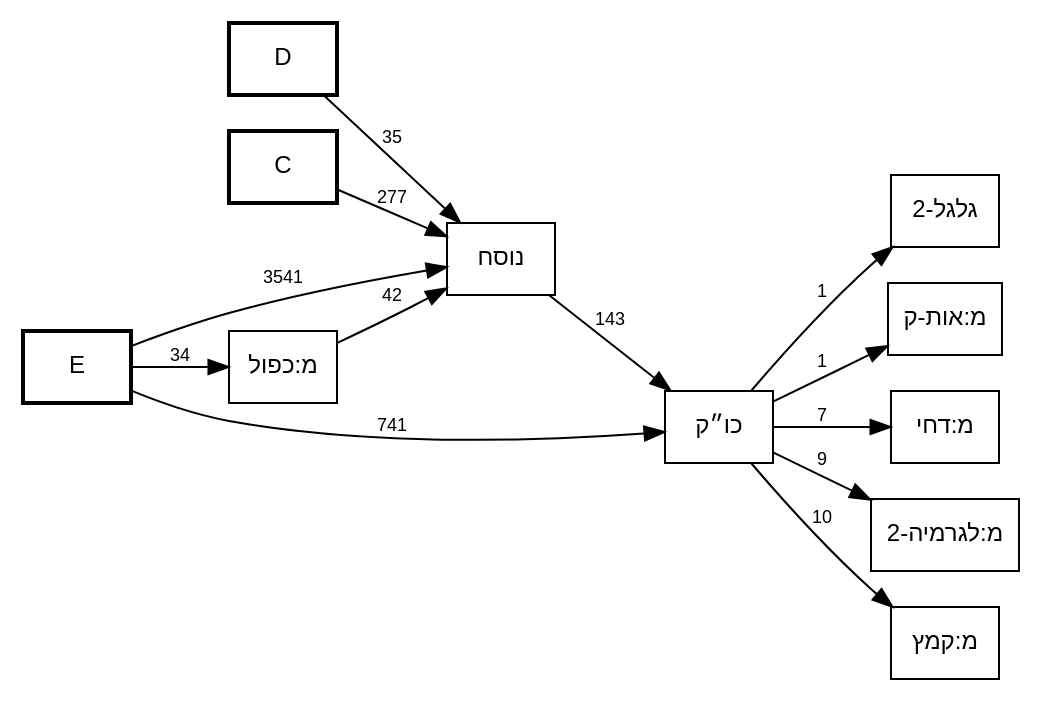
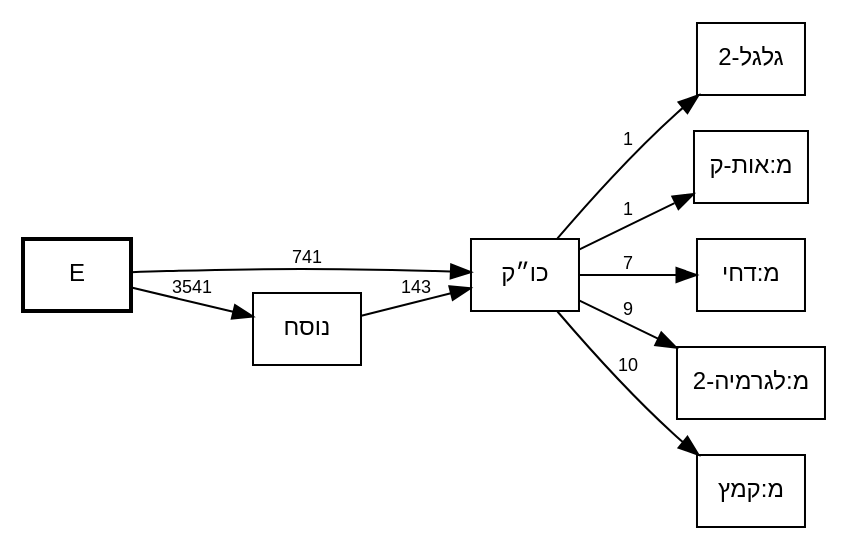
One commit to bdenckla/MAM-basics changed the diagram in out/MAM-tmpl-survey/plain-kuk-call-graph.dot. Above: the diagram before and after it, drawn with Graphviz. The commit also changed 7 other files, not shown here.

First line of the commit message:
Tighten focused template call graphs to target-anchored stack context

```diff
--- a/out/MAM-tmpl-survey/plain-kuk-call-graph.dot
+++ b/out/MAM-tmpl-survey/plain-kuk-call-graph.dot
@@ -1,31 +1,25 @@
 // This file was generated by MAM-basics/py/main_tmpl_survey.py.
 // Do not edit by hand.
 digraph template_call_graph {
     rankdir=LR;
     node [fontname="SBL Hebrew,Helvetica", fontsize=12];
     edge [fontname="Helvetica", fontsize=9];
     graph [comment="This file was generated by MAM-basics/py/main_tmpl_survey.py."];
 
     // Column nodes
     node [shape=box, style=bold];
-    "C";
-    "D";
     "E";
 
     // Template nodes
     node [shape=box, style=""];
 
     // Edges
-    "C" -> "נוסח" [label="277"];
-    "D" -> "נוסח" [label="35"];
     "E" -> "כו״ק" [label="741"];
-    "E" -> "מ:כפול" [label="34"];
     "E" -> "נוסח" [label="3541"];
     "כו״ק" -> "גלגל-2" [label="1"];
     "כו״ק" -> "מ:אות-ק" [label="1"];
     "כו״ק" -> "מ:דחי" [label="7"];
     "כו״ק" -> "מ:לגרמיה-2" [label="9"];
     "כו״ק" -> "מ:קמץ" [label="10"];
-    "מ:כפול" -> "נוסח" [label="42"];
     "נוסח" -> "כו״ק" [label="143"];
 }
```
